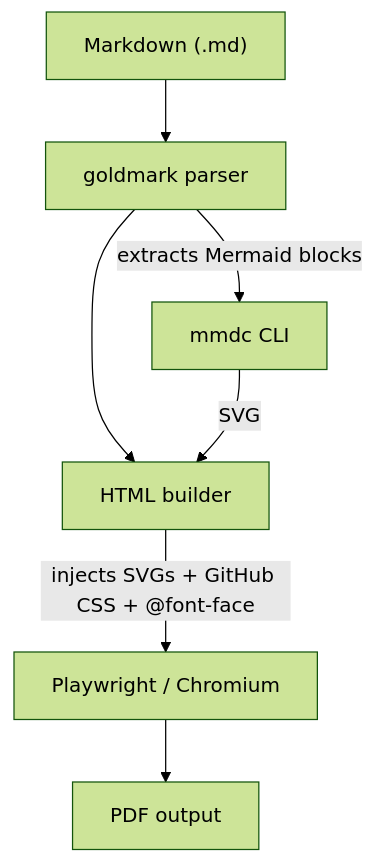
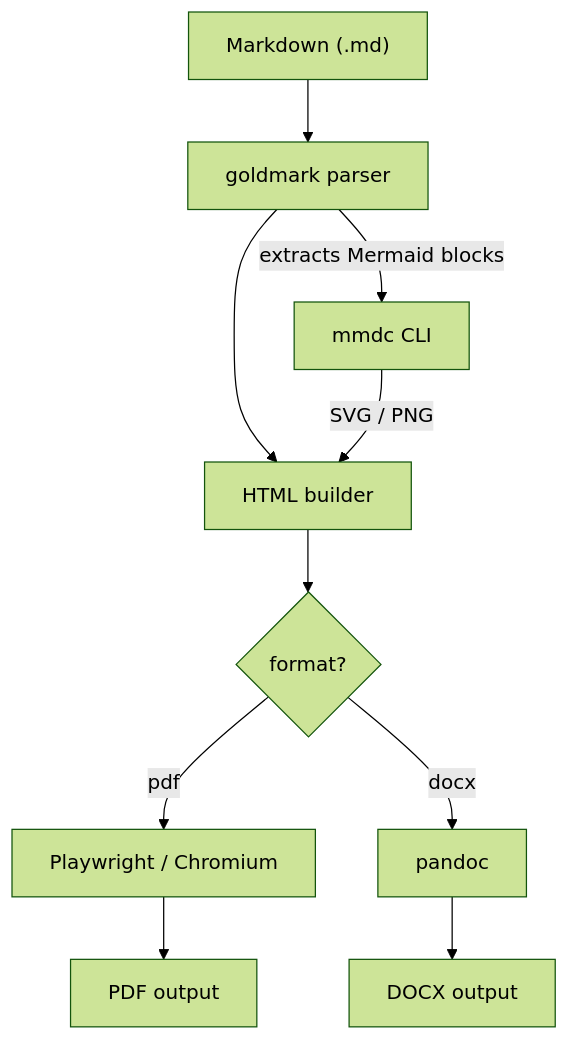
One commit to 135yshr/md2pdf changed the diagram in README.md. Above: the diagram before and after it, drawn with Mermaid (forest theme). The commit also changed other lines of this file and 15 other files, not shown here.

First line of the commit message:
✨ feat: add DOCX output via pandoc (#33)

````diff
--- a/README.md
+++ b/README.md
@@ -148,9 +161,12 @@
 ```mermaid
 flowchart TD
     A["Markdown (.md)"] --> B[goldmark parser]
     B --> C[HTML builder]
     B -->|extracts Mermaid blocks| D[mmdc CLI]
-    D -->|SVG| C
-    C -->|"injects SVGs + GitHub CSS + @font-face"| E["Playwright / Chromium"]
-    E --> F[PDF output]
+    D -->|SVG / PNG| C
+    C --> E{format?}
+    E -->|pdf| F["Playwright / Chromium"]
+    F --> G[PDF output]
+    E -->|docx| H[pandoc]
+    H --> I[DOCX output]
 ```
````
